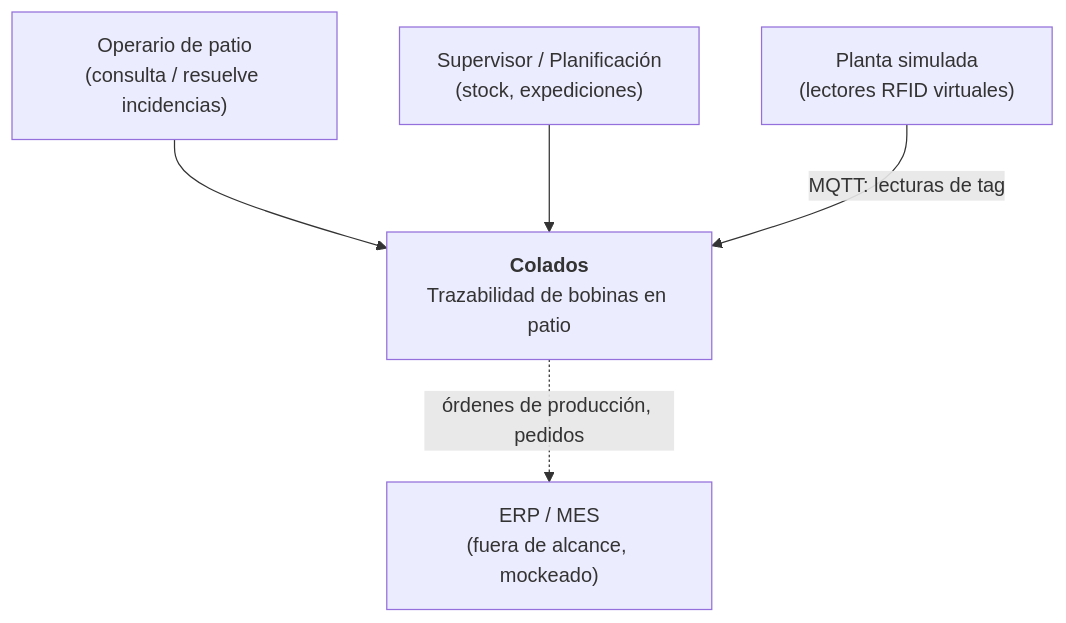
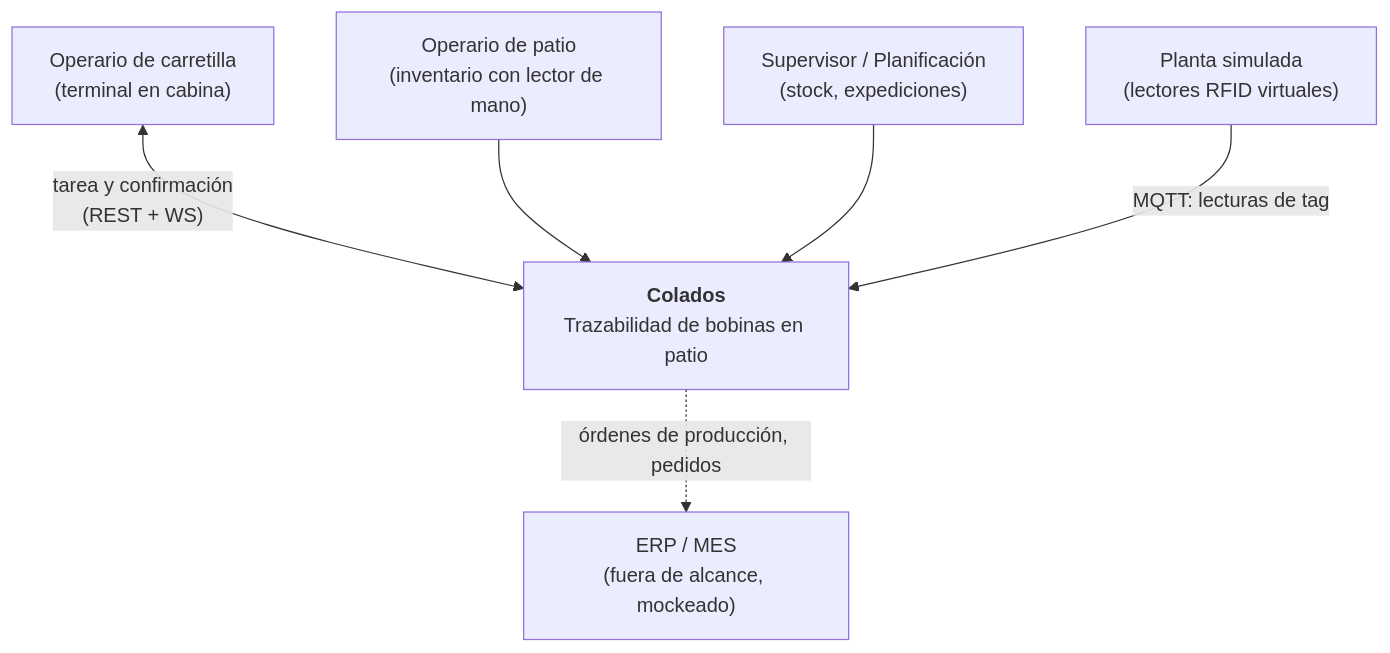
Before and after one commit to iburquijo/colados: the first of 2 diagrams in docs/02-arquitectura.md, drawn with Mermaid. The commit also changed other lines of this file and 8 other files, not shown here.

````diff
--- a/docs/02-arquitectura.md
+++ b/docs/02-arquitectura.md
@@ -22,13 +24,15 @@
 ```mermaid
 flowchart TB
-    OP["Operario de patio<br/>(consulta / resuelve incidencias)"]
+    OP["Operario de carretilla<br/>(terminal en cabina)"]
+    INV["Operario de patio<br/>(inventario con lector de mano)"]
     SUP["Supervisor / Planificación<br/>(stock, expediciones)"]
     SYS["<b>Colados</b><br/>Trazabilidad de bobinas en patio"]
     PLANT["Planta simulada<br/>(lectores RFID virtuales)"]
     ERP["ERP / MES<br/>(fuera de alcance, mockeado)"]
 
-    OP --> SYS
+    OP <-->|"tarea y confirmación<br/>(REST + WS)"| SYS
+    INV --> SYS
     SUP --> SYS
     PLANT -->|"MQTT: lecturas de tag"| SYS
     SYS -.->|"órdenes de producción, pedidos"| ERP
 ```
````
